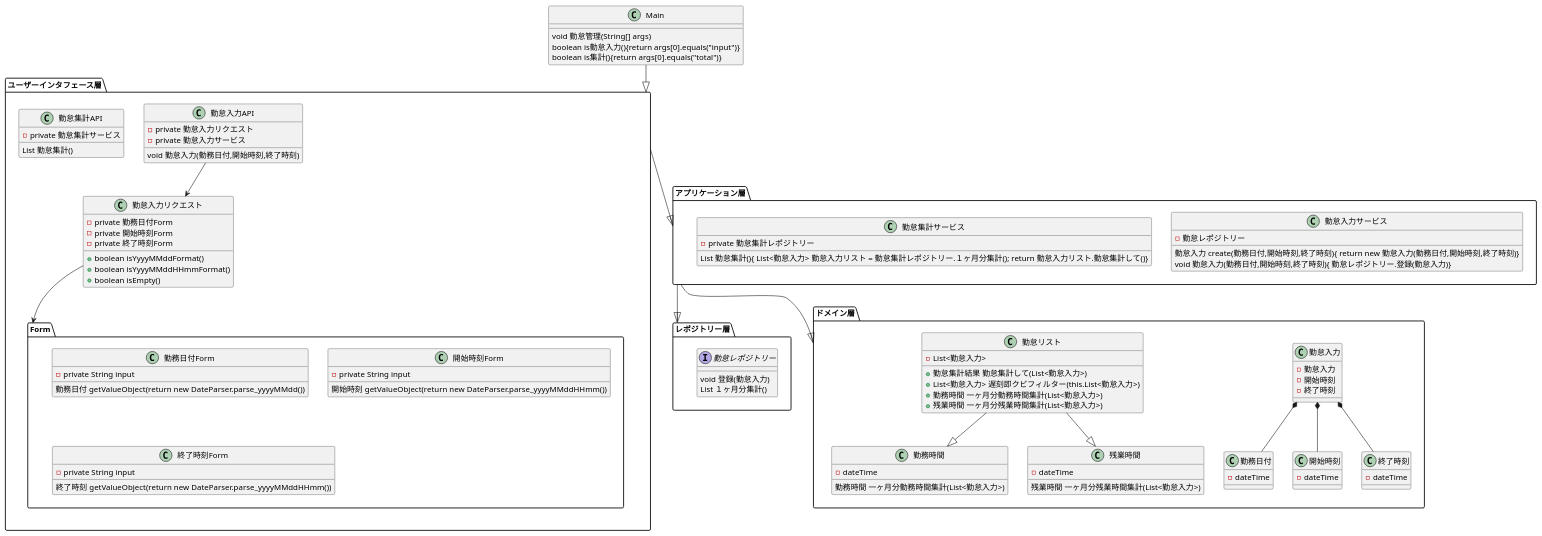
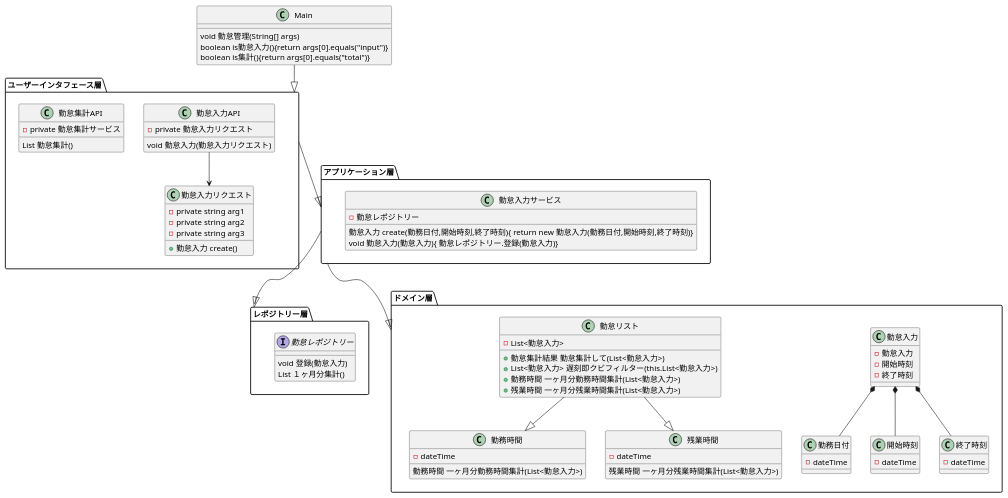
One commit to sekiguchihiroki/mendydydy changed the diagram in doc/勤怠.puml. Above: the diagram before and after it, drawn with PlantUML. The commit also changed 1 other file, not shown here.

```diff
--- a/doc/勤怠.puml
+++ b/doc/勤怠.puml
@@ -1,120 +1,96 @@
 @startuml
 
 Main --|> ユーザーインタフェース層
 ユーザーインタフェース層 --|> アプリケーション層
 アプリケーション層 --|> レポジトリー層
 アプリケーション層 --|> ドメイン層
 
 class Main {
   void 勤怠管理(String[] args)
   boolean is勤怠入力(){return args[0].equals("input")}
   boolean is集計(){return args[0].equals("total")}
 }
 
 package ユーザーインタフェース層 <<Folder>> {
  勤怠入力API -->  勤怠入力リクエスト
- 勤怠入力リクエスト -->  Form
 
 class 勤怠入力API {
   -private 勤怠入力リクエスト
-  -private 勤怠入力サービス
-  void 勤怠入力(勤務日付,開始時刻,終了時刻)
+  void 勤怠入力(勤怠入力リクエスト)
  }
 class 勤怠入力リクエスト {
-  -private 勤務日付Form
-  -private 開始時刻Form
-  -private 終了時刻Form
-  +boolean isYyyyMMddFormat()
-  +boolean isYyyyMMddHHmmFormat()
-  +boolean isEmpty()
+  -private string arg1
+  -private string arg2
+  -private string arg3
+  +勤怠入力 create()
  }
  class 勤怠集計API {
    -private 勤怠集計サービス
    List 勤怠集計()
   }
 
-package Form <<Folder>> {
-
-class 勤務日付Form {
-  -private String input
-  勤務日付 getValueObject(return new DateParser.parse_yyyyMMdd())
- }
- class 開始時刻Form {
-   -private String input
-   開始時刻 getValueObject(return new DateParser.parse_yyyyMMddHHmm())
-  }
- class 終了時刻Form {
-   -private String input
-   終了時刻 getValueObject(return new DateParser.parse_yyyyMMddHHmm())
-  }
-}
 }
 
 
 package アプリケーション層 <<Folder>> {
 class 勤怠入力サービス {
   -勤怠レポジトリー
   勤怠入力 create(勤務日付,開始時刻,終了時刻){ return new 勤怠入力(勤務日付,開始時刻,終了時刻)}
-  void 勤怠入力(勤務日付,開始時刻,終了時刻){ 勤怠レポジトリー.登録(勤怠入力)}
-
- }
-class 勤怠集計サービス {
-  -private 勤怠集計レポジトリー
-  List 勤怠集計(){ List<勤怠入力> 勤怠入力リスト = 勤怠集計レポジトリー.１ヶ月分集計(); return 勤怠入力リスト.勤怠集計して()}
+  void 勤怠入力(勤怠入力){ 勤怠レポジトリー.登録(勤怠入力)}
 
  }
 
 }
 
 package ドメイン層 <<Folder>> {
 勤怠入力 *-- 勤務日付
 勤怠入力 *-- 開始時刻
 勤怠入力 *-- 終了時刻
 勤怠リスト --|> 勤務時間
 勤怠リスト --|> 残業時間
 
 class 勤怠入力 {
   -勤怠入力
   -開始時刻
   -終了時刻
 
 }
 class 勤怠リスト {
   -List<勤怠入力>
   +勤怠集計結果 勤怠集計して(List<勤怠入力>)
   +List<勤怠入力> 遅刻即クビフィルター(this.List<勤怠入力>)
   +勤務時間 一ヶ月分勤務時間集計(List<勤怠入力>)
   +残業時間 一ヶ月分残業時間集計(List<勤怠入力>)
 
 
 }
 class 勤務日付 {
   -dateTime
  }
 
 class 開始時刻 {
   -dateTime
  }
 
 class 終了時刻 {
   -dateTime
  }
 
 class 勤務時間{
   -dateTime
   勤務時間 一ヶ月分勤務時間集計(List<勤怠入力>)
  }
 class 残業時間{
   -dateTime
   残業時間 一ヶ月分残業時間集計(List<勤怠入力>)
  }
 }
 
 package レポジトリー層 <<Folder>> {
 interface 勤怠レポジトリー
 勤怠レポジトリー : void 登録(勤怠入力)
 勤怠レポジトリー : List １ヶ月分集計()
 
 }
 
 @enduml
```
